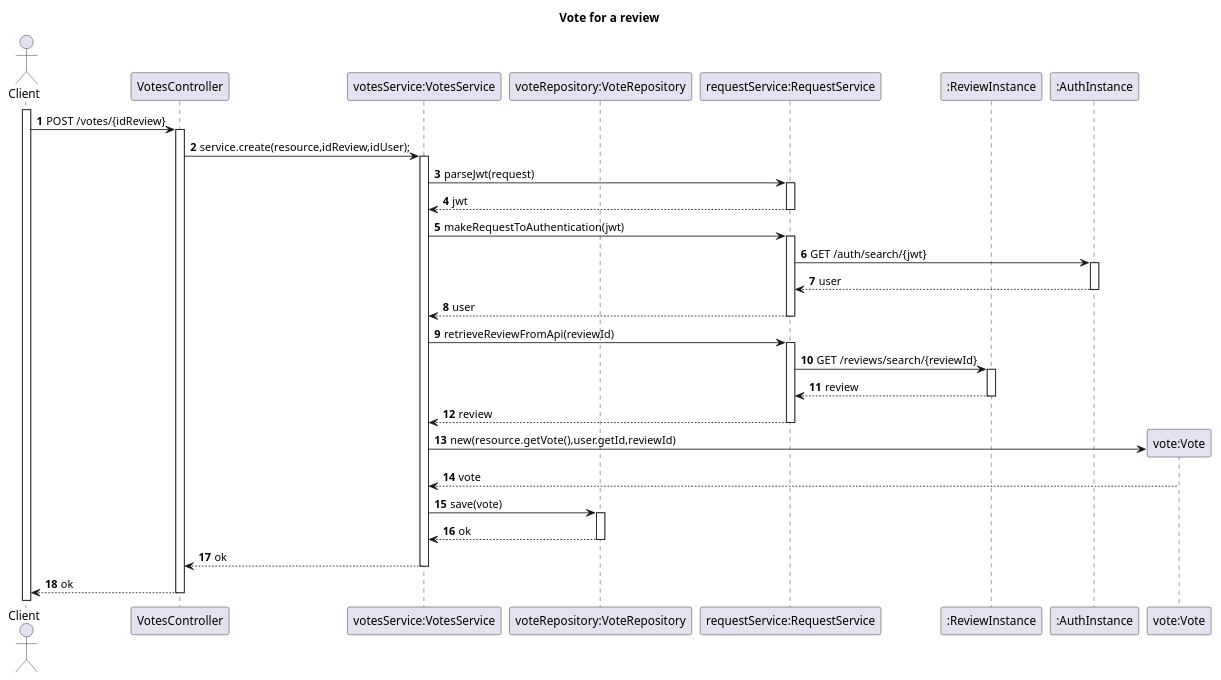
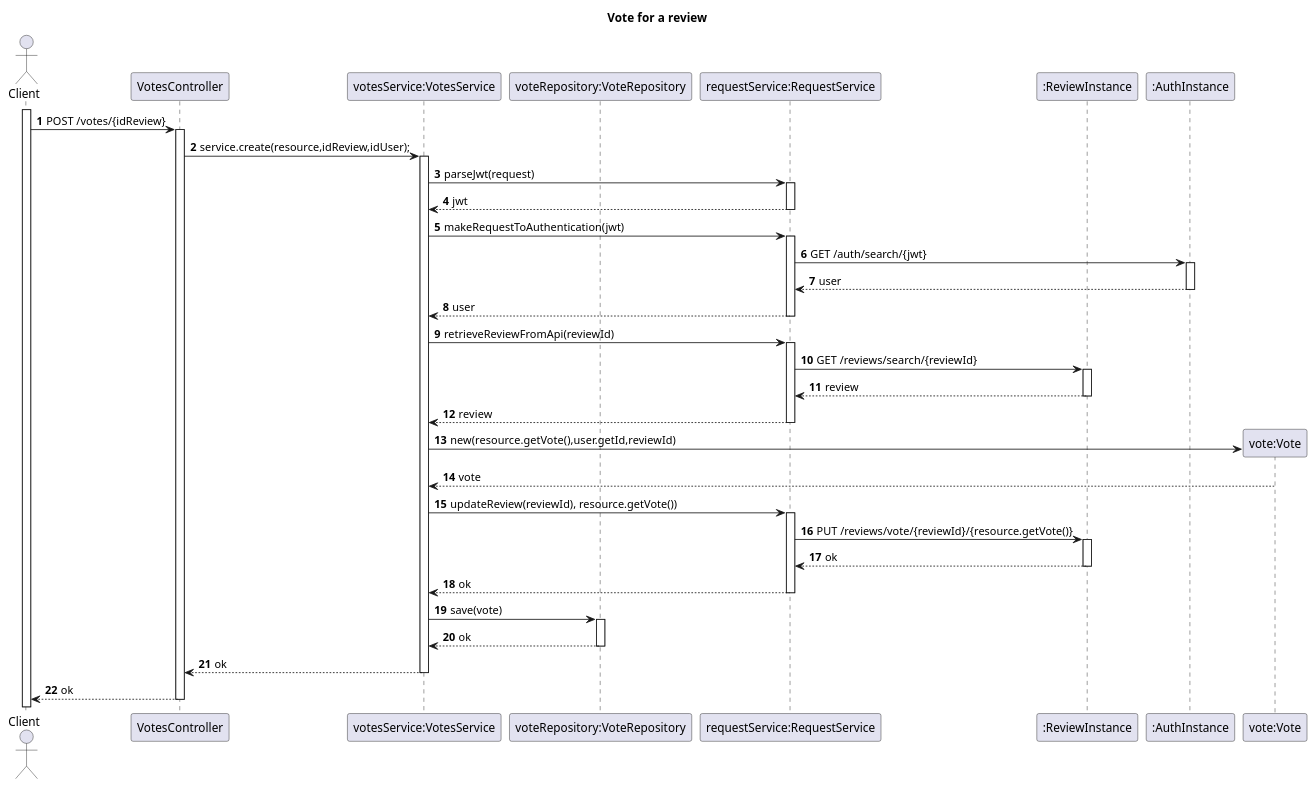
The diagram in Docs/US06-SD.puml (TiagoNora/SIDIS-Docs), drawn with PlantUML before and after one commit. The commit also changed 5 other files, not shown here.

```diff
--- a/Docs/US06-SD.puml
+++ b/Docs/US06-SD.puml
@@ -1,43 +1,47 @@
 @startuml
 'https://plantuml.com/sequence-diagram
 
 title Vote for a review
 autoactivate on
 autonumber
 
 actor "Client" as User
 participant "VotesController" as Ctrl
 participant "votesService:VotesService" as service
 participant "voteRepository:VoteRepository" as repo
 participant "requestService:RequestService" as request
 participant ":ReviewInstance" as instance
 participant ":AuthInstance" as instanceAuth
 
 participant "vote:Vote" as vote
 
 
 
 
 activate User
 User -> Ctrl : POST /votes/{idReview}
 Ctrl -> service : service.create(resource,idReview,idUser);
 service -> request: parseJwt(request)
 request --> service: jwt
 service -> request: makeRequestToAuthentication(jwt)
 request -> instanceAuth: GET /auth/search/{jwt}
 instanceAuth --> request: user
 request --> service: user
 
 service -> request:retrieveReviewFromApi(reviewId)
 request -> instance: GET /reviews/search/{reviewId}
 instance --> request: review
 request --> service: review
 
 service -> vote**: new(resource.getVote(),user.getId,reviewId)
 vote --> service: vote
+service -> request: updateReview(reviewId), resource.getVote())
+request -> instance: PUT /reviews/vote/{reviewId}/{resource.getVote()}
+instance --> request: ok
+request --> service: ok
 service -> repo: save(vote)
 repo --> service: ok
 service --> Ctrl: ok
 Ctrl --> User: ok
 
 @enduml
```
